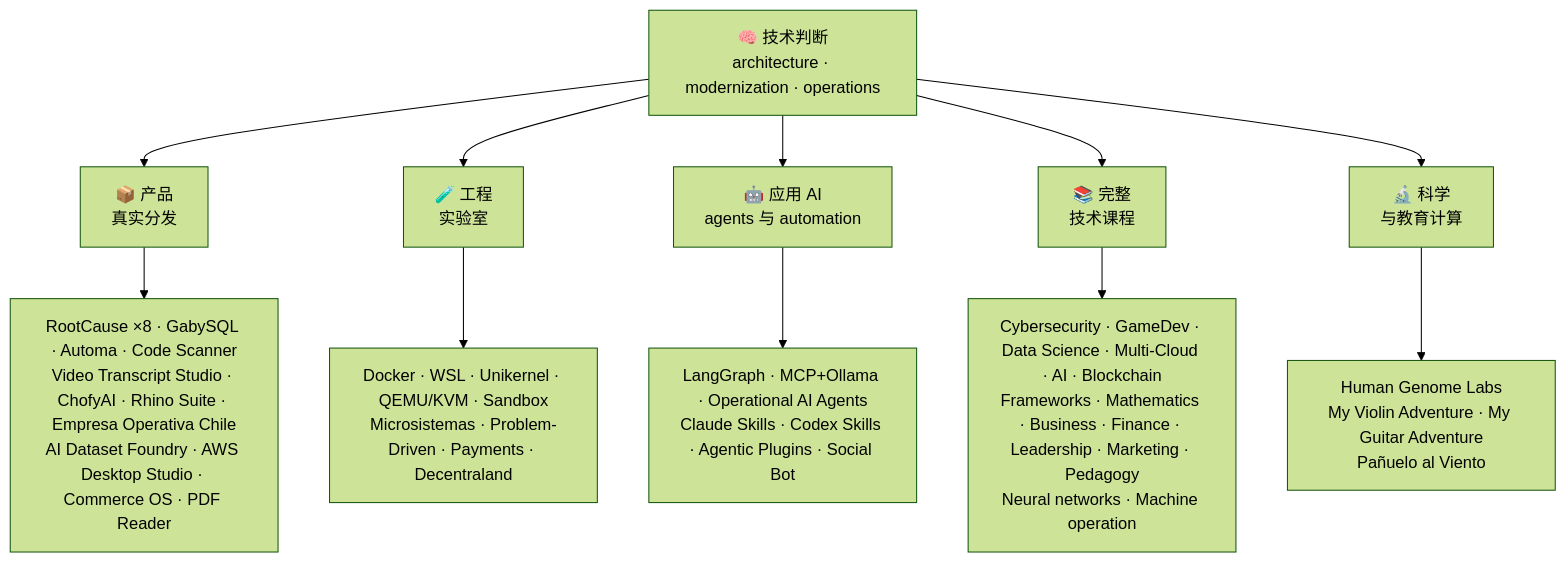
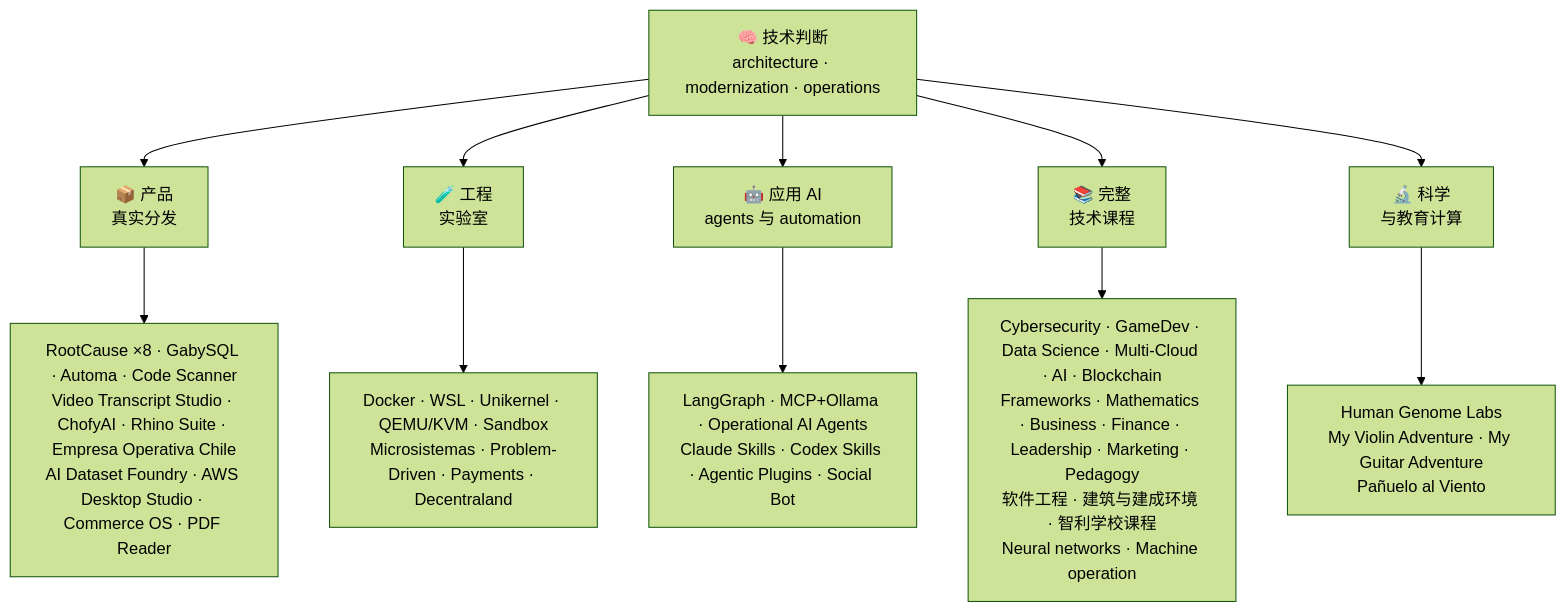
One commit to vladimiracunadev-create/vladimiracunadev-create changed the diagram in README.zh.md. Above: the diagram before and after it, drawn with Mermaid (forest theme). The commit also changed other lines of this file and 24 other files, not shown here.

````diff
--- a/README.zh.md
+++ b/README.zh.md
@@ -76,14 +76,14 @@
 ```mermaid
 flowchart TD
     A["🧠 技术判断<br/>architecture · modernization · operations"] --> B["📦 产品<br/>真实分发"]
     A --> C["🧪 工程<br/>实验室"]
     A --> D["🤖 应用 AI<br/>agents 与 automation"]
     A --> E["📚 完整<br/>技术课程"]
     A --> F["🔬 科学<br/>与教育计算"]
 
     B --> B1["RootCause ×8 · GabySQL · Automa · Code Scanner<br/>Video Transcript Studio · ChofyAI · Rhino Suite · Empresa Operativa Chile<br/>AI Dataset Foundry · AWS Desktop Studio · Commerce OS · PDF Reader"]
     C --> C1["Docker · WSL · Unikernel · QEMU/KVM · Sandbox<br/>Microsistemas · Problem-Driven · Payments · Decentraland"]
     D --> D1["LangGraph · MCP+Ollama · Operational AI Agents<br/>Claude Skills · Codex Skills · Agentic Plugins · Social Bot"]
-    E --> E1["Cybersecurity · GameDev · Data Science · Multi-Cloud · AI · Blockchain<br/>Frameworks · Mathematics · Business · Finance · Leadership · Marketing · Pedagogy<br/>Neural networks · Machine operation"]
+    E --> E1["Cybersecurity · GameDev · Data Science · Multi-Cloud · AI · Blockchain<br/>Frameworks · Mathematics · Business · Finance · Leadership · Marketing · Pedagogy<br/>软件工程 · 建筑与建成环境 · 智利学校课程<br/>Neural networks · Machine operation"]
     F --> F1["Human Genome Labs<br/>My Violin Adventure · My Guitar Adventure<br/>Pañuelo al Viento"]
 ```
````
